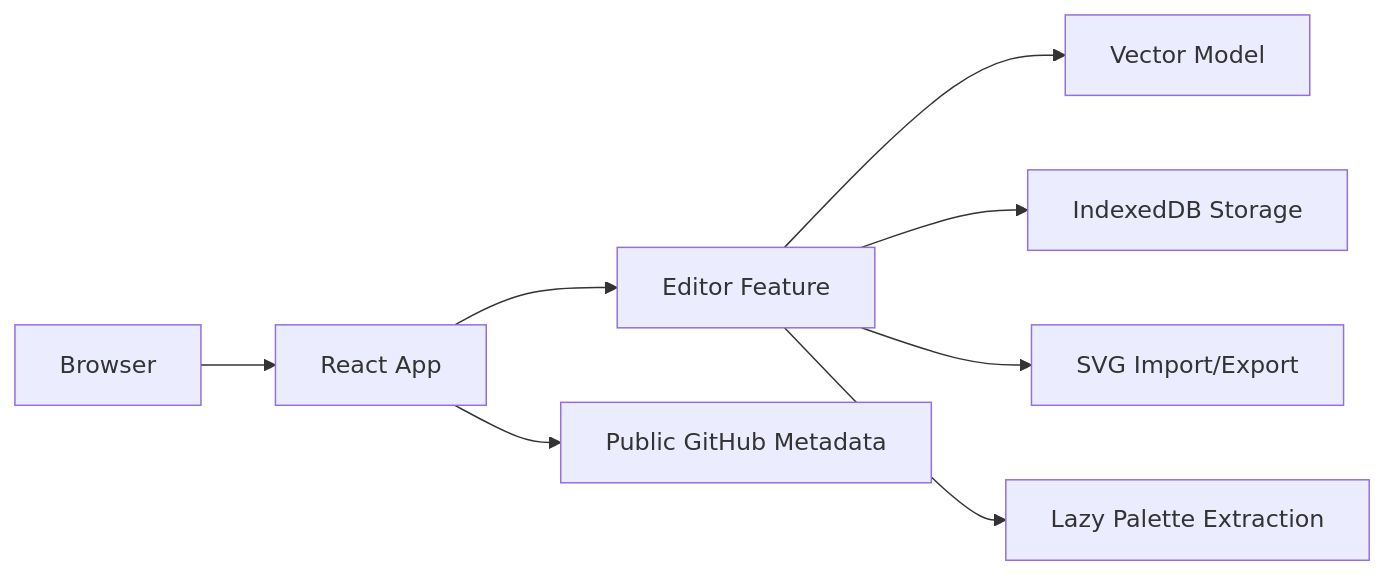
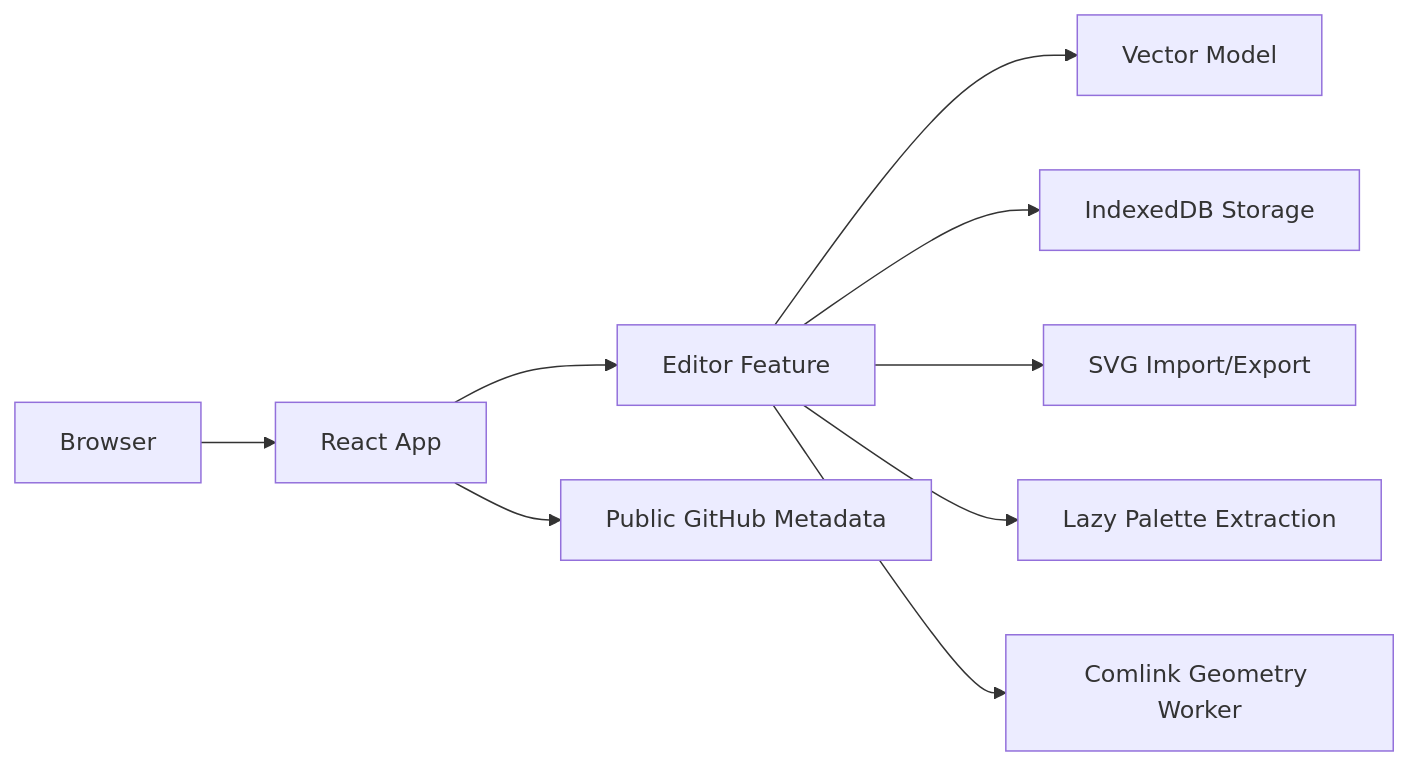
The second of 2 diagrams in docs/architecture.md (baditaflorin/vectorforge-studio), drawn with Mermaid before and after one commit. The commit also changed 27 other files, not shown here.

````diff
--- a/docs/architecture.md
+++ b/docs/architecture.md
@@ -19,19 +19,21 @@
 ```mermaid
 flowchart LR
     Browser["Browser"]
     App["React App"]
     Editor["Editor Feature"]
     Vector["Vector Model"]
     Storage["IndexedDB Storage"]
     SVGIO["SVG Import/Export"]
     Palette["Lazy Palette Extraction"]
+    Worker["Comlink Geometry Worker"]
     Repo["Public GitHub Metadata"]
 
     Browser --> App
     App --> Editor
     Editor --> Vector
     Editor --> Storage
     Editor --> SVGIO
     Editor --> Palette
+    Editor --> Worker
     App --> Repo
 ```
````
